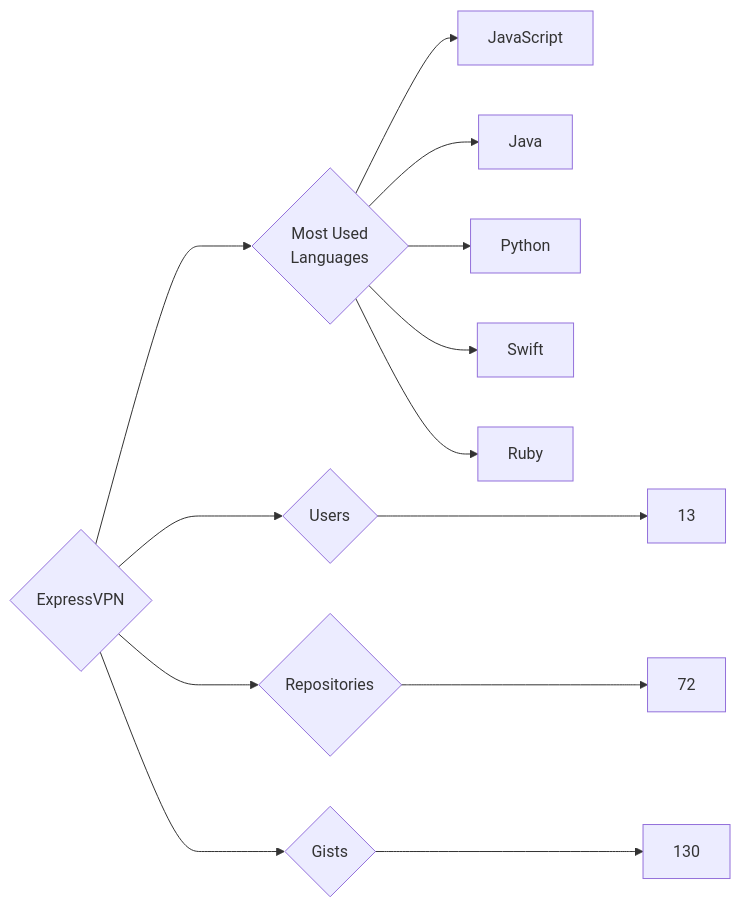
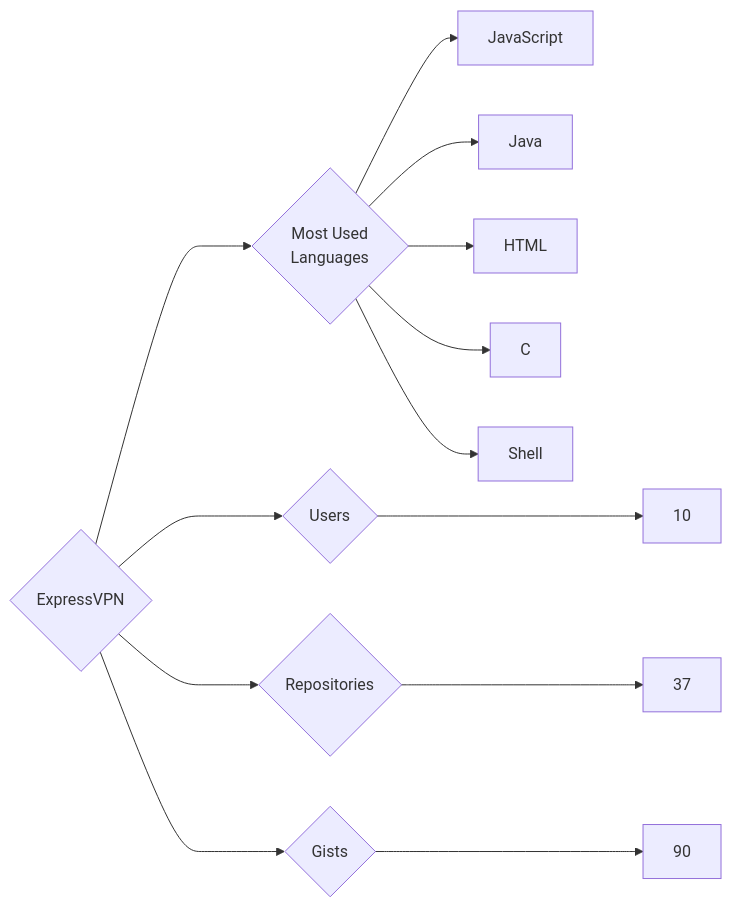
One commit to trickest/insiders changed the diagram in targets/ExpressVPN/README.md. Above: the diagram before and after it, drawn with Mermaid. The commit also changed 900 other files, not shown here.

````diff
--- a/targets/ExpressVPN/README.md
+++ b/targets/ExpressVPN/README.md
@@ -3,13 +3,13 @@
 ```mermaid
 graph LR
 COMPANY_NAME{ExpressVPN}
-COMPANY_NAME ---> U{Users} ---> UN[13]
-COMPANY_NAME ---> R{Repositories} ---> RN[72]
-COMPANY_NAME ---> G{Gists} ---> GN[130]
+COMPANY_NAME ---> U{Users} ---> UN[10]
+COMPANY_NAME ---> R{Repositories} ---> RN[37]
+COMPANY_NAME ---> G{Gists} ---> GN[90]
 COMPANY_NAME ---> ML{Most Used<br>Languages}
 ML --> JavaScript[JavaScript]
 ML --> Java[Java]
-ML --> Python[Python]
-ML --> Swift[Swift]
-ML --> Ruby[Ruby]
+ML --> HTML[HTML]
+ML --> C[C]
+ML --> Shell[Shell]
 ```
````
